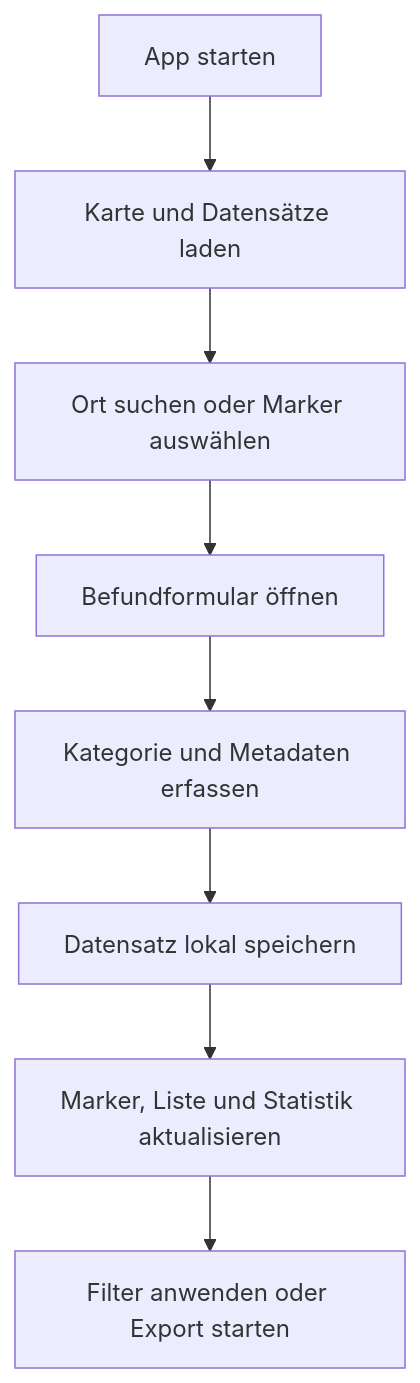
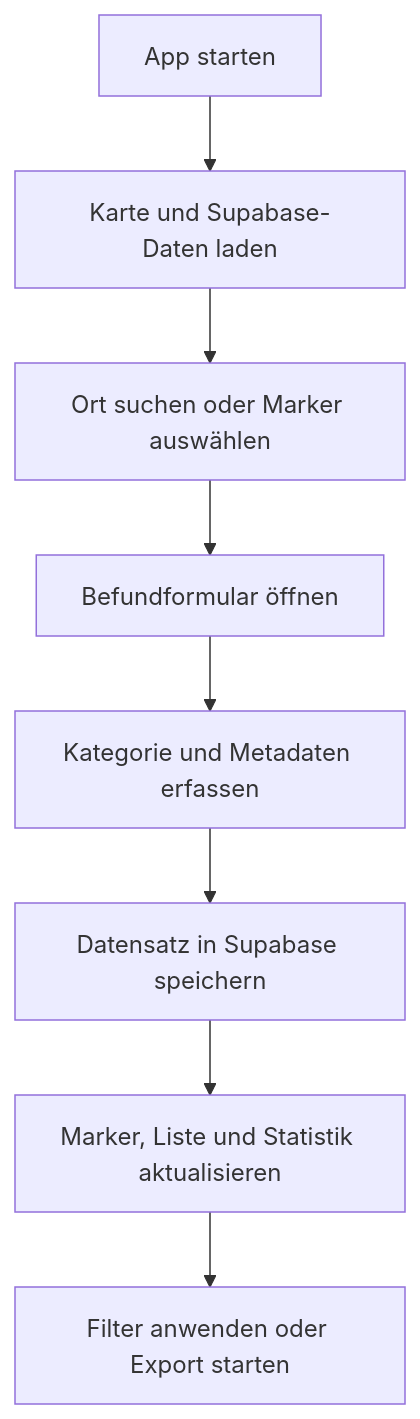
One commit to KatKat71/prefix-re-map changed the diagram in .trae/documents/prd-italien-verbkarte.md. Above: the diagram before and after it, drawn with Mermaid. The commit also changed other lines of this file and 5 other files, not shown here.

````diff
--- a/.trae/documents/prd-italien-verbkarte.md
+++ b/.trae/documents/prd-italien-verbkarte.md
@@ -29,10 +30,10 @@
 ```mermaid
 flowchart TD
-    A["App starten"] --> B["Karte und Datensätze laden"]
+    A["App starten"] --> B["Karte und Supabase-Daten laden"]
     B --> C["Ort suchen oder Marker auswählen"]
     C --> D["Befundformular öffnen"]
     D --> E["Kategorie und Metadaten erfassen"]
-    E --> F["Datensatz lokal speichern"]
+    E --> F["Datensatz in Supabase speichern"]
     F --> G["Marker, Liste und Statistik aktualisieren"]
     G --> H["Filter anwenden oder Export starten"]
 ```
````
